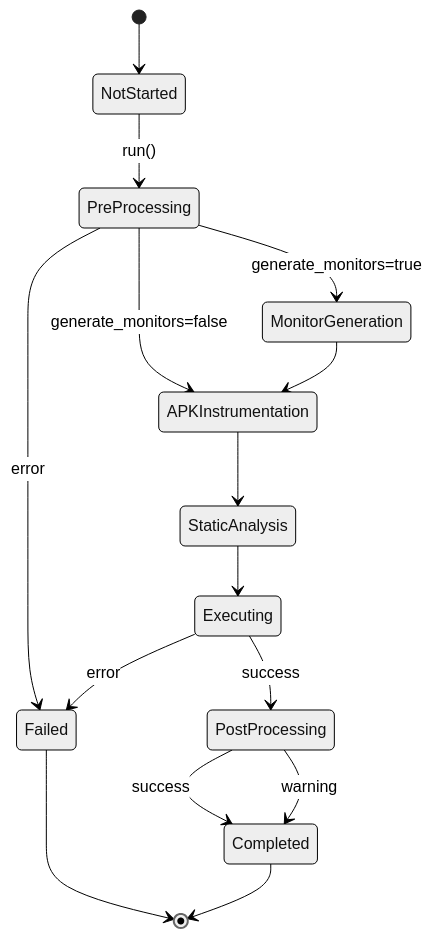
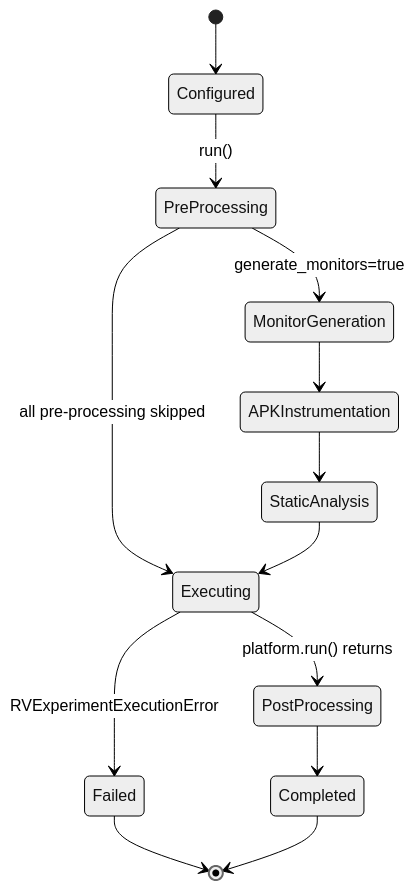
Before and after one commit to PAMunb/rvsec: the fourth of 5 diagrams in rv-android/modules/rv-experiment/docs/architecture.md, drawn with Mermaid. The commit also changed other lines of this file and 7 other files, not shown here.

First line of the commit message:
test: add resume coverage for rv-platform and rv-experiment + update architecture docs

````diff
--- a/rv-android/modules/rv-experiment/docs/architecture.md
+++ b/rv-android/modules/rv-experiment/docs/architecture.md
@@ -309,23 +288,19 @@
 ```mermaid
 %%{init: {'theme': 'neutral'}}%%
 stateDiagram-v2
-    [*] --> NotStarted
-    NotStarted --> PreProcessing : run()
+    [*] --> Configured
+    Configured --> PreProcessing : run()
 
     PreProcessing --> MonitorGeneration : generate_monitors=true
-    PreProcessing --> APKInstrumentation : generate_monitors=false
+    PreProcessing --> Executing : all pre-processing skipped
     MonitorGeneration --> APKInstrumentation
     APKInstrumentation --> StaticAnalysis
     StaticAnalysis --> Executing
 
-    PreProcessing --> Failed : error
+    Executing --> PostProcessing : platform.run() returns
+    Executing --> Failed : RVExperimentExecutionError
 
-    Executing --> PostProcessing : success
-    Executing --> Failed : error
-
-    PostProcessing --> Completed : success
-    PostProcessing --> Completed : warning
-
+    PostProcessing --> Completed
     Failed --> [*]
     Completed --> [*]
 ```
````
